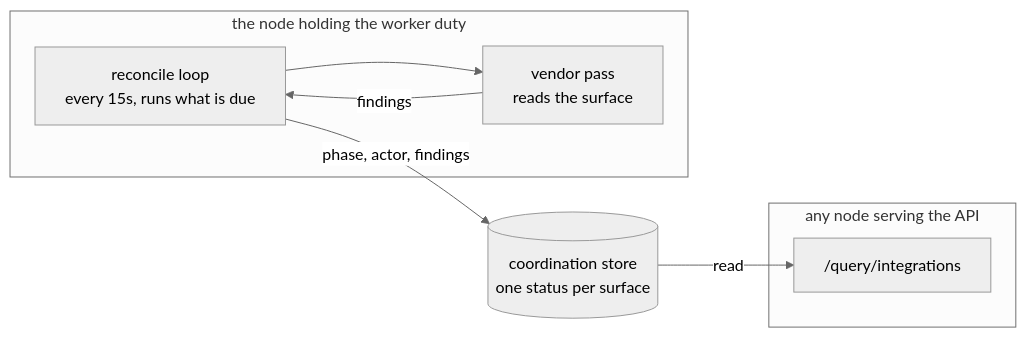
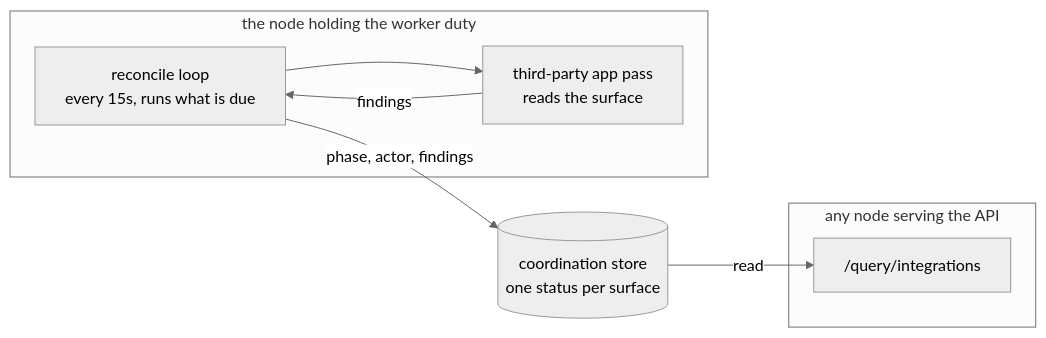
One commit to crewlet/crewlet changed the diagram in docs/concepts/integration-reconcile.md. Above: the diagram before and after it, drawn with Mermaid (neutral theme). The commit also changed other lines of this file and 280 other files, not shown here.

First line of the commit message:
docs: call a third-party app a third-party app, and order the list by name

````diff
--- a/docs/concepts/integration-reconcile.md
+++ b/docs/concepts/integration-reconcile.md
@@ -66,16 +66,16 @@
 ```mermaid
 flowchart LR
     subgraph workers["the node holding the worker duty"]
         L["reconcile loop<br/>every 15s, runs what is due"]
-        V["vendor pass<br/>reads the surface"]
+        V["third-party app pass<br/>reads the surface"]
     end
     subgraph ingress["any node serving the API"]
         Q["/query/integrations"]
     end
     KV[("coordination store<br/>one status per surface")]
 
     L --> V
     V -->|"findings"| L
     L -->|"phase, actor, findings"| KV
     KV -->|"read"| Q
 ```
````
